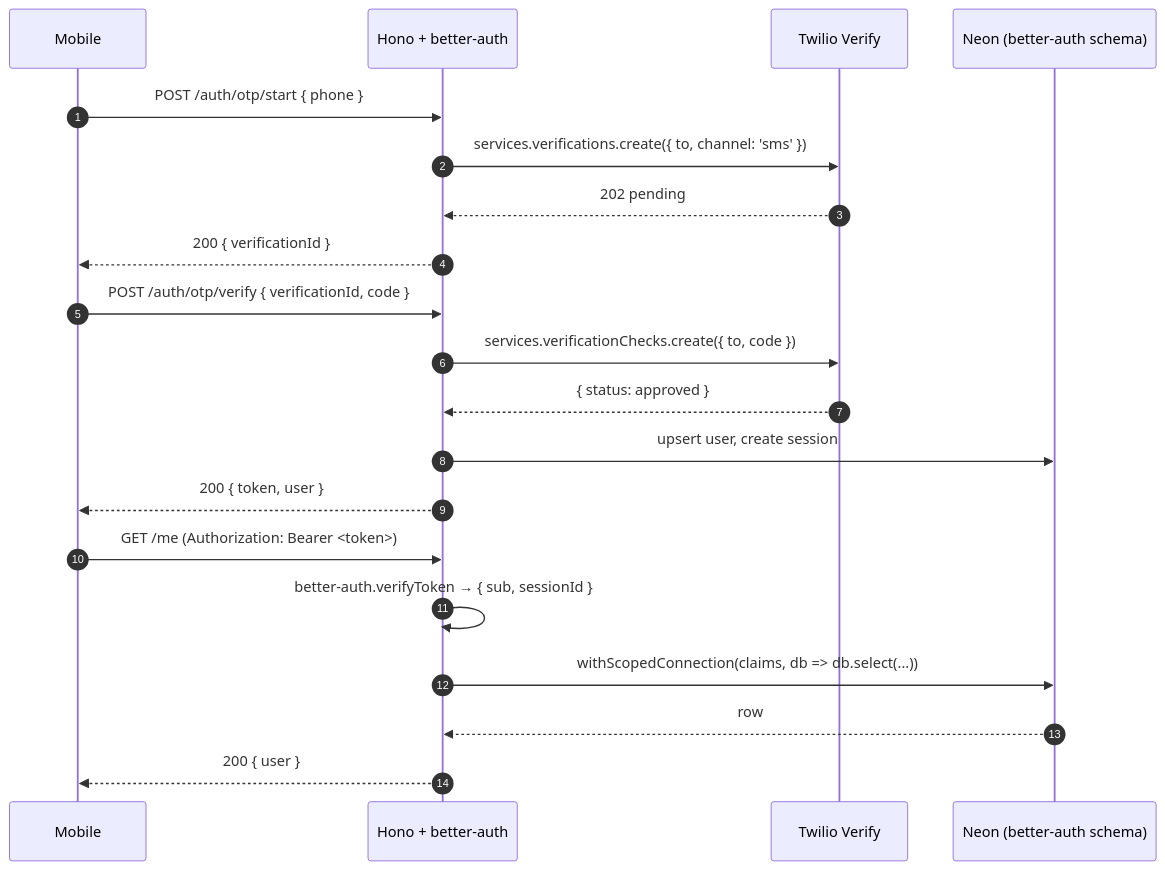
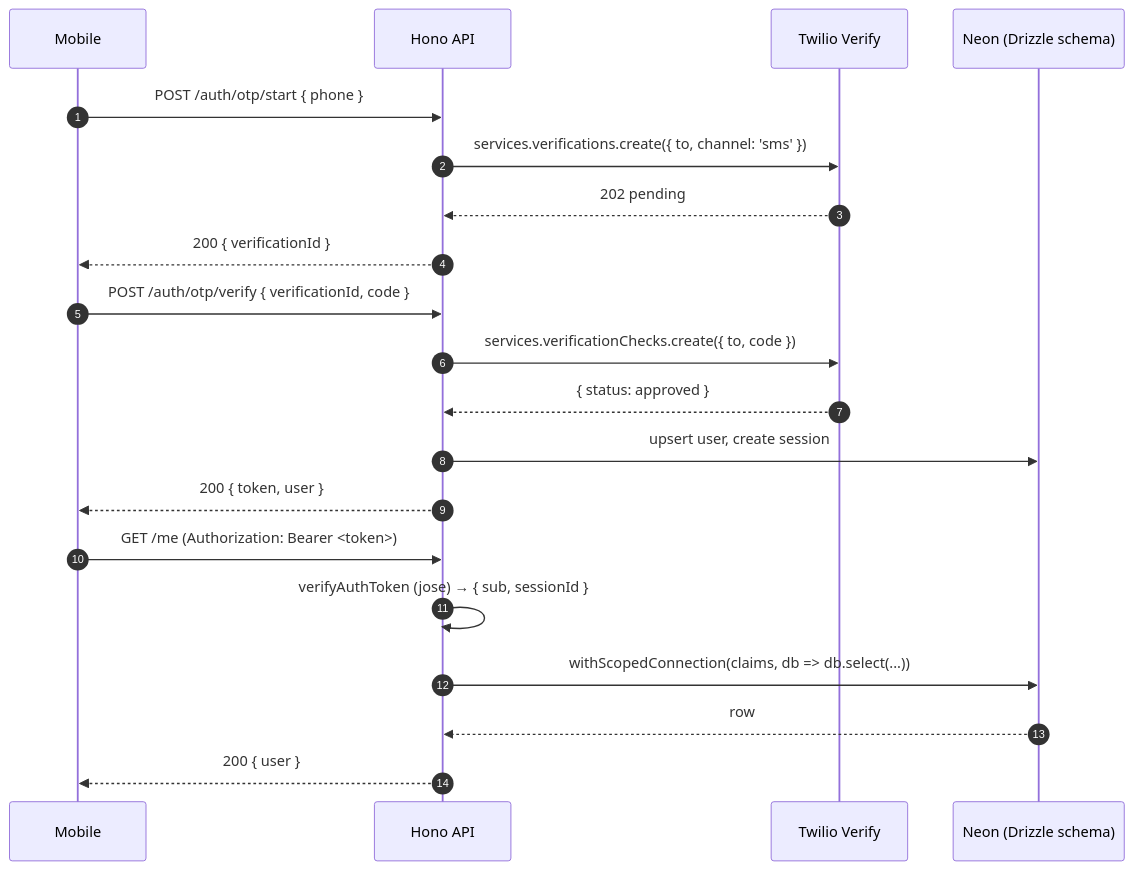
Before and after one commit to patrickchin/harpa-pro: the diagram in docs/v4/arch-auth-and-rls.md, drawn with Mermaid. The commit also changed other lines of this file and 7 other files, not shown here.

First line of the commit message:
docs: correct auth stack description (no better-auth) and document test-account password bypass

````diff
--- a/docs/v4/arch-auth-and-rls.md
+++ b/docs/v4/arch-auth-and-rls.md
@@ -29,25 +32,25 @@
 ```mermaid
 sequenceDiagram
   autonumber
   participant App as Mobile
-  participant API as Hono + better-auth
+  participant API as Hono API
   participant T as Twilio Verify
-  participant DB as Neon (better-auth schema)
+  participant DB as Neon (Drizzle schema)
 
   App->>API: POST /auth/otp/start { phone }
   API->>T: services.verifications.create({ to, channel: 'sms' })
   T-->>API: 202 pending
   API-->>App: 200 { verificationId }
 
   App->>API: POST /auth/otp/verify { verificationId, code }
   API->>T: services.verificationChecks.create({ to, code })
   T-->>API: { status: approved }
   API->>DB: upsert user, create session
   API-->>App: 200 { token, user }
 
   App->>API: GET /me  (Authorization: Bearer <token>)
-  API->>API: better-auth.verifyToken → { sub, sessionId }
+  API->>API: verifyAuthToken (jose) → { sub, sessionId }
   API->>DB: withScopedConnection(claims, db => db.select(...))
   DB-->>API: row
   API-->>App: 200 { user }
 ```
````
